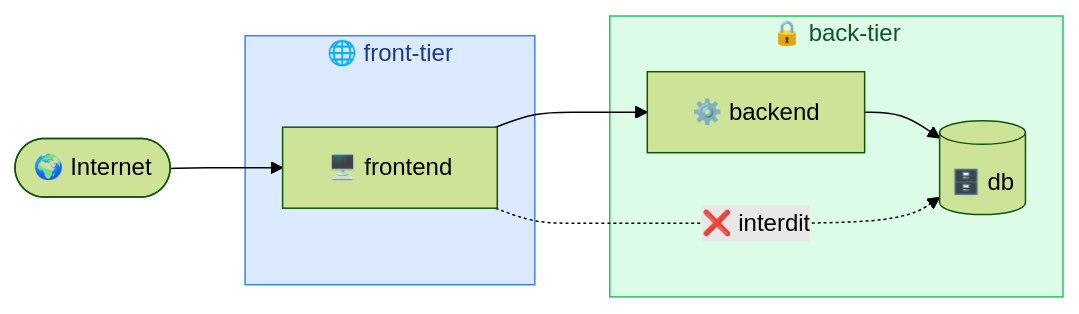
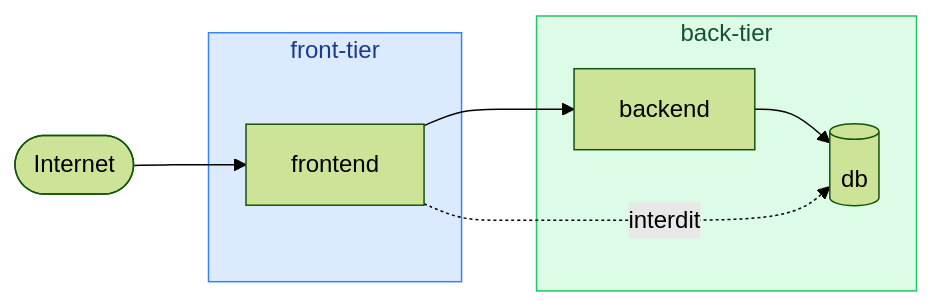
One commit to GoobyWoobies/HEIA-IT changed the fourth of 4 diagrams in methodologie-securite-it/docker/08-docker-compose.md. Above: the diagram before and after it, drawn with Mermaid (forest theme). The commit also changed other lines of this file and 24 other files, not shown here.

````diff
--- a/methodologie-securite-it/docker/08-docker-compose.md
+++ b/methodologie-securite-it/docker/08-docker-compose.md
@@ -236,17 +236,17 @@
 ```mermaid
 flowchart LR
-    subgraph FT["🌐 front-tier"]
-        F["🖥️ frontend"]
+    subgraph FT["front-tier"]
+        F["frontend"]
     end
-    subgraph BT["🔒 back-tier"]
-        B["⚙️ backend"]
-        D[("🗄️ db")]
+    subgraph BT["back-tier"]
+        B["backend"]
+        D[("db")]
     end
-    Internet(["🌍 Internet"]) --> F
+    Internet(["Internet"]) --> F
     F --> B
     B --> D
-    F -.->|"❌ interdit"| D
+    F -.->|"interdit"| D
 
     style FT fill:#dbeafe,stroke:#3b82f6,color:#1e3a8a
     style BT fill:#dcfce7,stroke:#22c55e,color:#14532d
 ```
````
